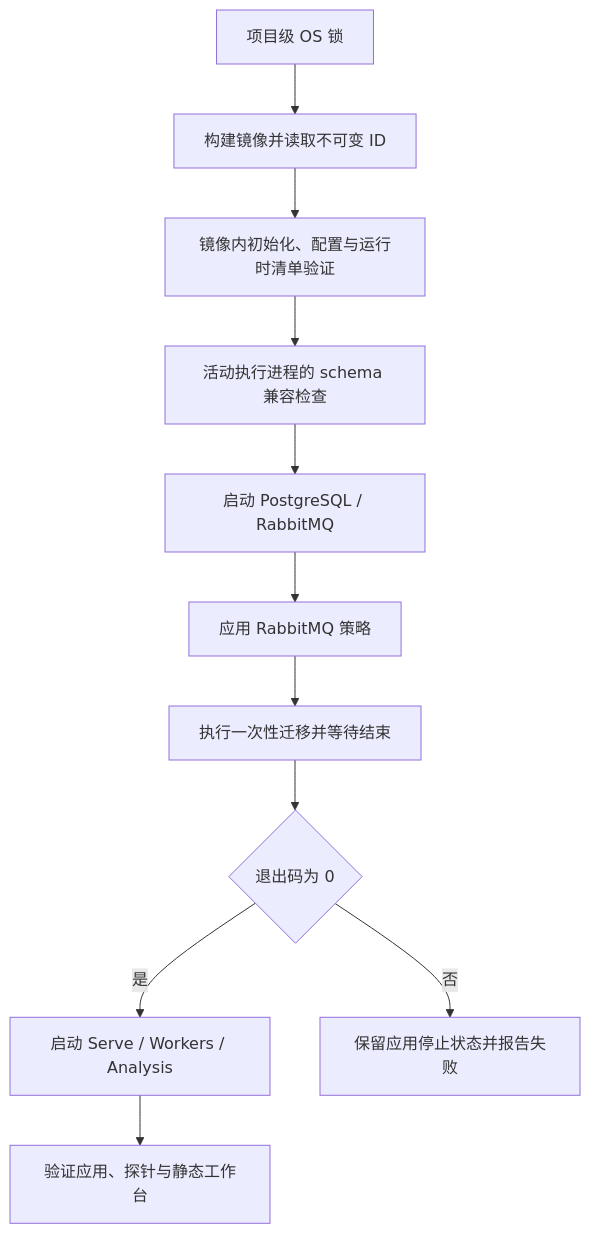
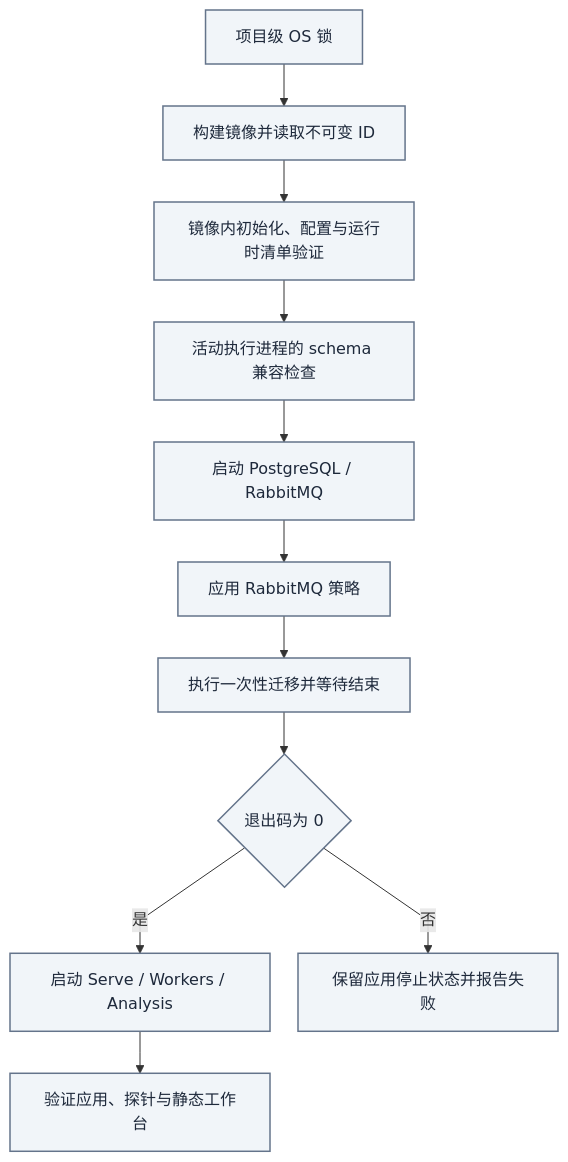
The diagram in docs/SETUP.md (AnalyThothAI/tracefold), drawn with Mermaid before and after one commit. The commit also changed other lines of this file and 24 other files, not shown here.

First line of the commit message:
docs: 全面升级中文手册视觉与信息设计，统一 30 张架构图 (#728)

````diff
--- a/docs/SETUP.md
+++ b/docs/SETUP.md
@@ -36,13 +53,26 @@
 ```mermaid
+---
+config:
+  fontFamily: "system-ui, Noto Sans CJK SC, Microsoft YaHei, WenQuanYi Zen Hei, sans-serif"
+  flowchart:
+    curve: linear
+    nodeSpacing: 28
+    rankSpacing: 42
+---
 flowchart TD
+    accTitle: 镜像内初始化与应用启动
+    accDescr: 项目锁保护构建与初始化，先验证配置和运行时 schema 兼容，再启动基础设施，等待迁移成功后启动应用。独立 Nautilus 不由此自动重启。
     Lock["项目级 OS 锁"] --> Build["构建镜像并读取不可变 ID"]
     Build --> Init["镜像内初始化、配置与运行时清单验证"]
     Init --> Window["活动执行进程的 schema 兼容检查"]
     Window --> Infra["启动 PostgreSQL / RabbitMQ"]
     Infra --> Policy["应用 RabbitMQ 策略"]
     Policy --> Migrate["执行一次性迁移并等待结束"]
     Migrate --> Result{"退出码为 0"}
     Result -->|"是"| App["启动 Serve / Workers / Analysis"]
     Result -->|"否"| Stop["保留应用停止状态并报告失败"]
     App --> Ready["验证应用、探针与静态工作台"]
+
+    classDef store fill:#f1f5f9,stroke:#64748b,color:#1e293b,stroke-width:1.5px
+class Lock,Build,Init,Window,Infra,Policy,Migrate,Result,App,Stop,Ready store;
 ```
````
